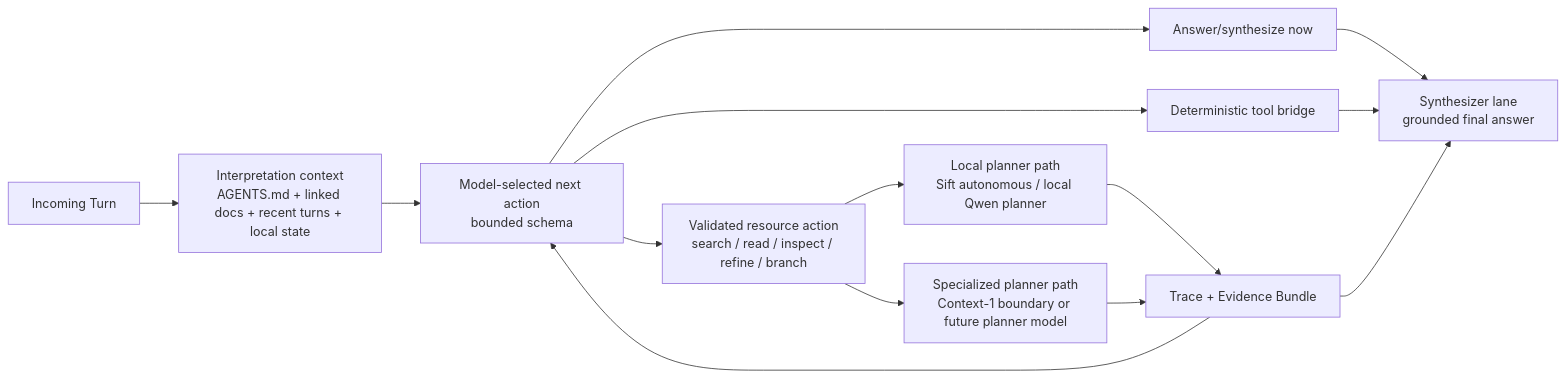
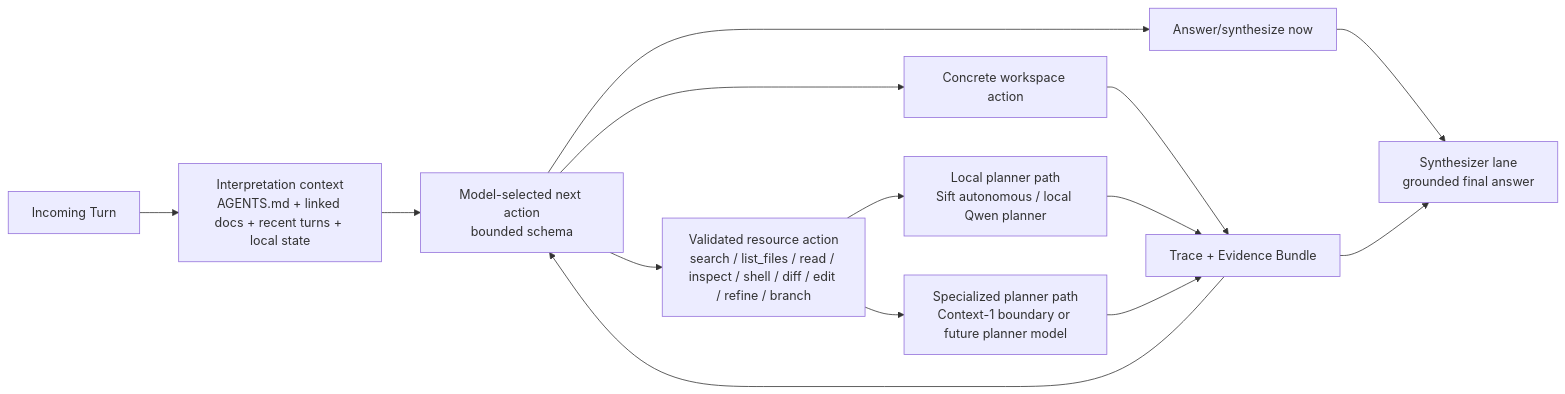
One commit to spoke-sh/paddles changed the second of 5 diagrams in README.md. Above: the diagram before and after it, drawn with Mermaid. The commit also changed other lines of this file and 9 other files, not shown here.

````diff
--- a/README.md
+++ b/README.md
@@ -51,22 +51,22 @@
 ```mermaid
 flowchart LR
     Turn["Incoming Turn"]
     Interpret["Interpretation context<br/>AGENTS.md + linked docs + recent turns + local state"]
     Decide["Model-selected next action<br/>bounded schema"]
     Direct["Answer/synthesize now"]
-    Tool["Deterministic tool bridge"]
-    Resource["Validated resource action<br/>search / read / inspect / refine / branch"]
+    Tool["Concrete workspace action"]
+    Resource["Validated resource action<br/>search / list_files / read / inspect / shell / diff / edit / refine / branch"]
     LocalPlanner["Local planner path<br/>Sift autonomous / local Qwen planner"]
     HeavyPlanner["Specialized planner path<br/>Context-1 boundary or future planner model"]
     Evidence["Trace + Evidence Bundle"]
     Synth["Synthesizer lane<br/>grounded final answer"]
 
     Turn --> Interpret --> Decide
     Decide --> Direct --> Synth
-    Decide --> Tool --> Synth
+    Decide --> Tool --> Evidence
     Decide --> Resource
     Resource --> LocalPlanner --> Evidence
     Resource --> HeavyPlanner --> Evidence
     Evidence --> Decide
     Evidence --> Synth
 ```
````
